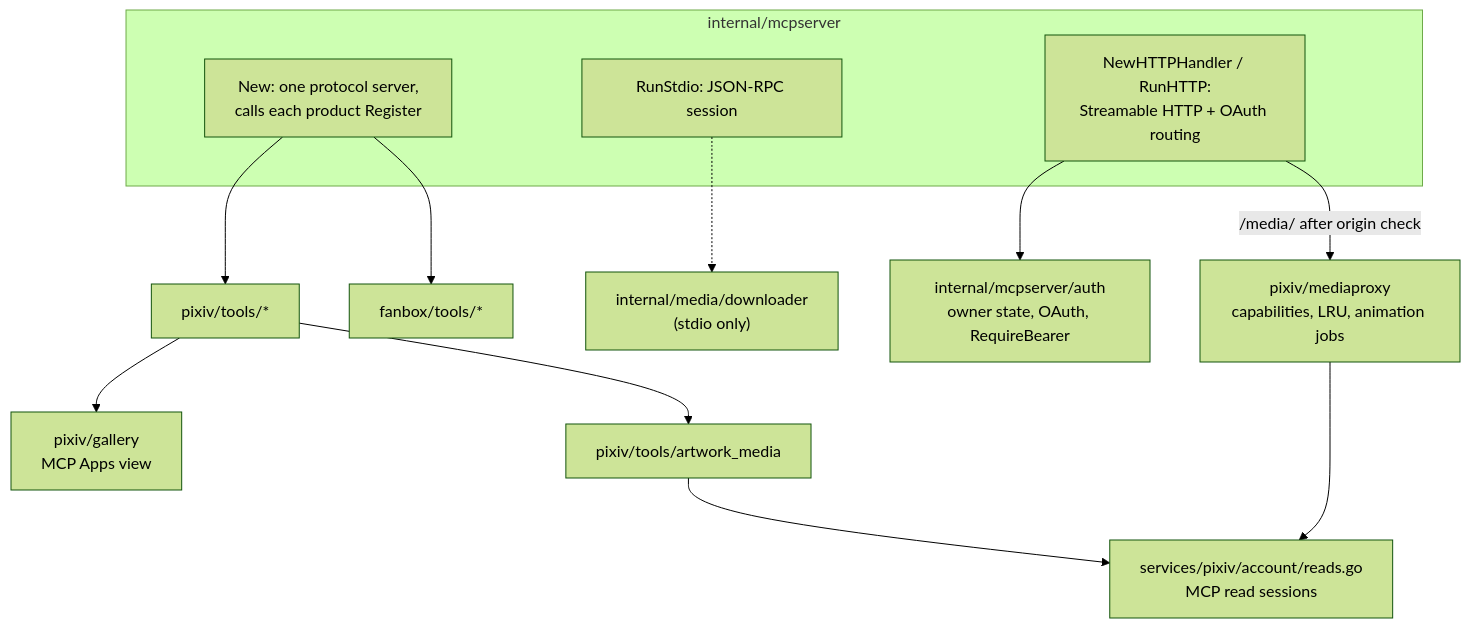
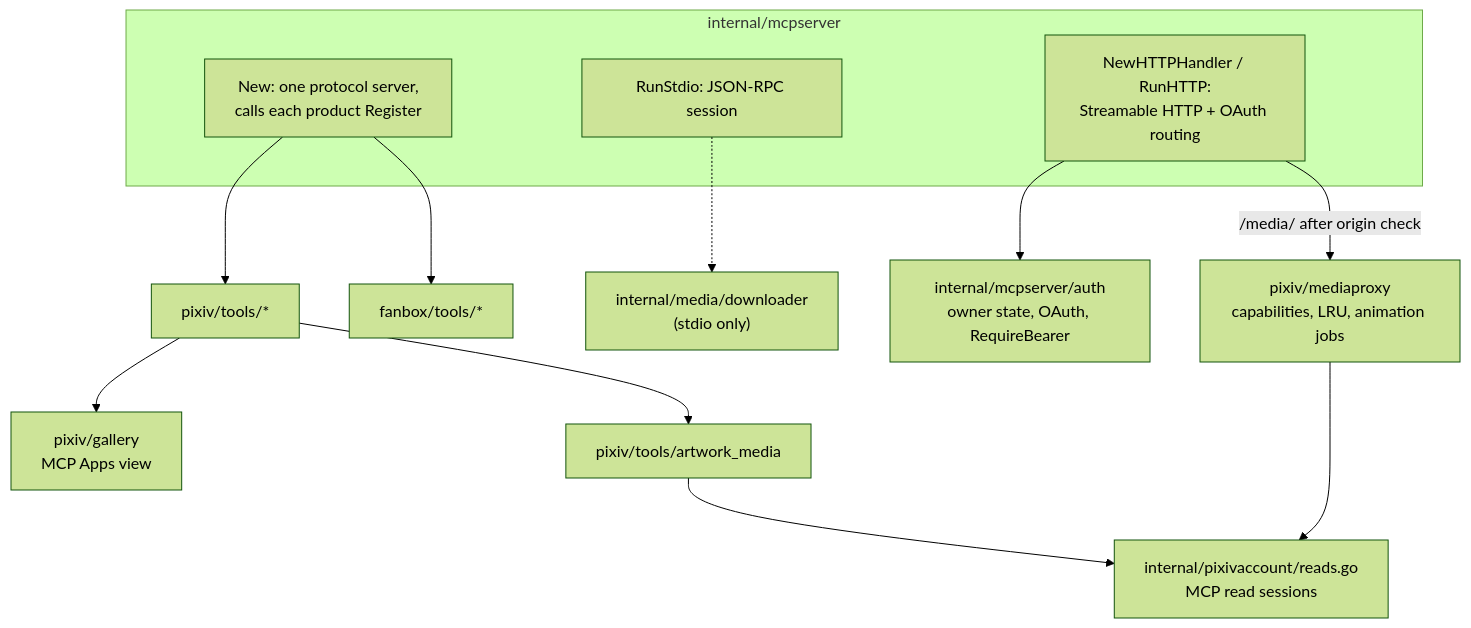
Before and after one commit to FlanChanXwO/pixiv-cli: the first of 2 diagrams in docs/en/maintainers/architecture-mcp.md, drawn with Mermaid (forest theme). The commit also changed other lines of this file and 708 other files, not shown here.

````diff
--- a/docs/en/maintainers/architecture-mcp.md
+++ b/docs/en/maintainers/architecture-mcp.md
@@ -7,22 +7,22 @@
 ```mermaid
 flowchart TB
     subgraph root["internal/mcpserver"]
         NEW["New: one protocol server,<br/>calls each product Register"]
         STDIO["RunStdio: JSON-RPC session"]
         HTTP["NewHTTPHandler / RunHTTP:<br/>Streamable HTTP + OAuth routing"]
     end
     AUTH["internal/mcpserver/auth<br/>owner state, OAuth, RequireBearer"]
     PX["pixiv/tools/*"]
     FB["fanbox/tools/*"]
     GAL["pixiv/gallery<br/>MCP Apps view"]
     MP["pixiv/mediaproxy<br/>capabilities, LRU, animation jobs"]
     AM["pixiv/tools/artwork_media"]
-    RS["services/pixiv/account/reads.go<br/>MCP read sessions"]
+    RS["internal/pixivaccount/reads.go<br/>MCP read sessions"]
     DL["internal/media/downloader<br/>(stdio only)"]
     NEW --> PX & FB
     HTTP --> AUTH
     HTTP -->|"/media/ after origin check"| MP
     PX --> GAL & AM
     AM & MP --> RS
     STDIO -.-> DL
 ```
````
